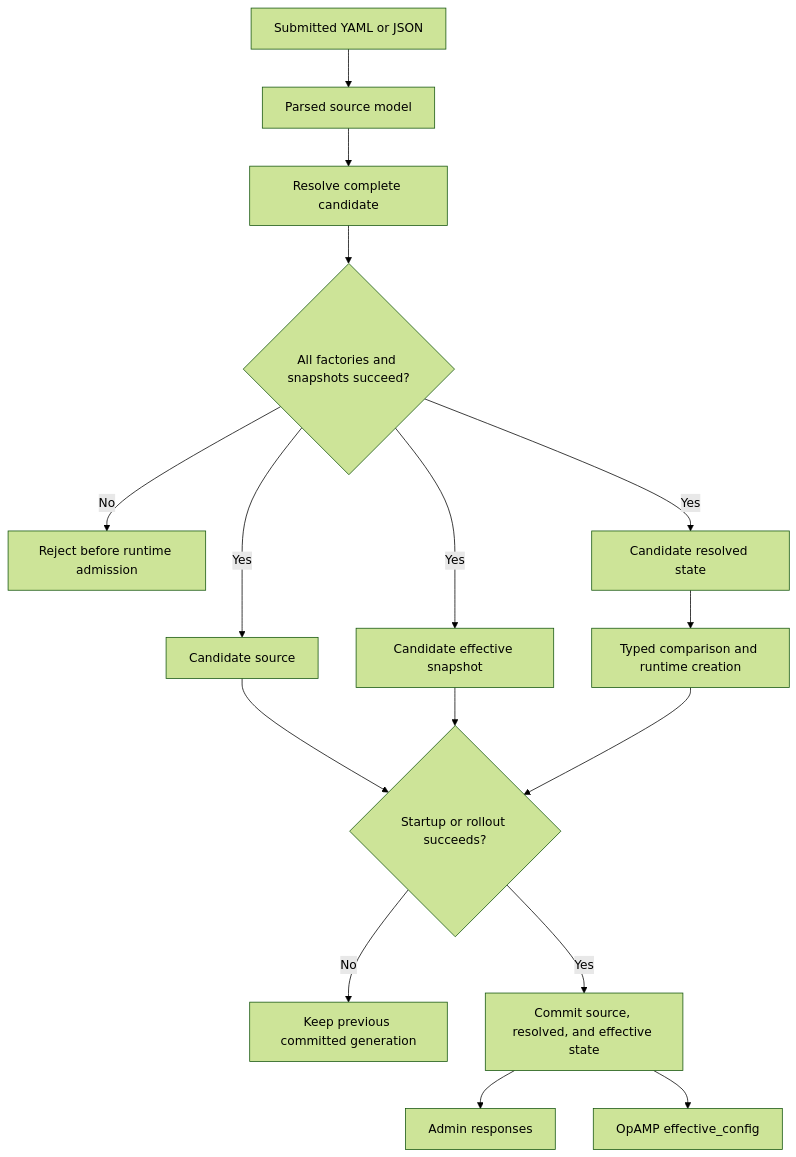
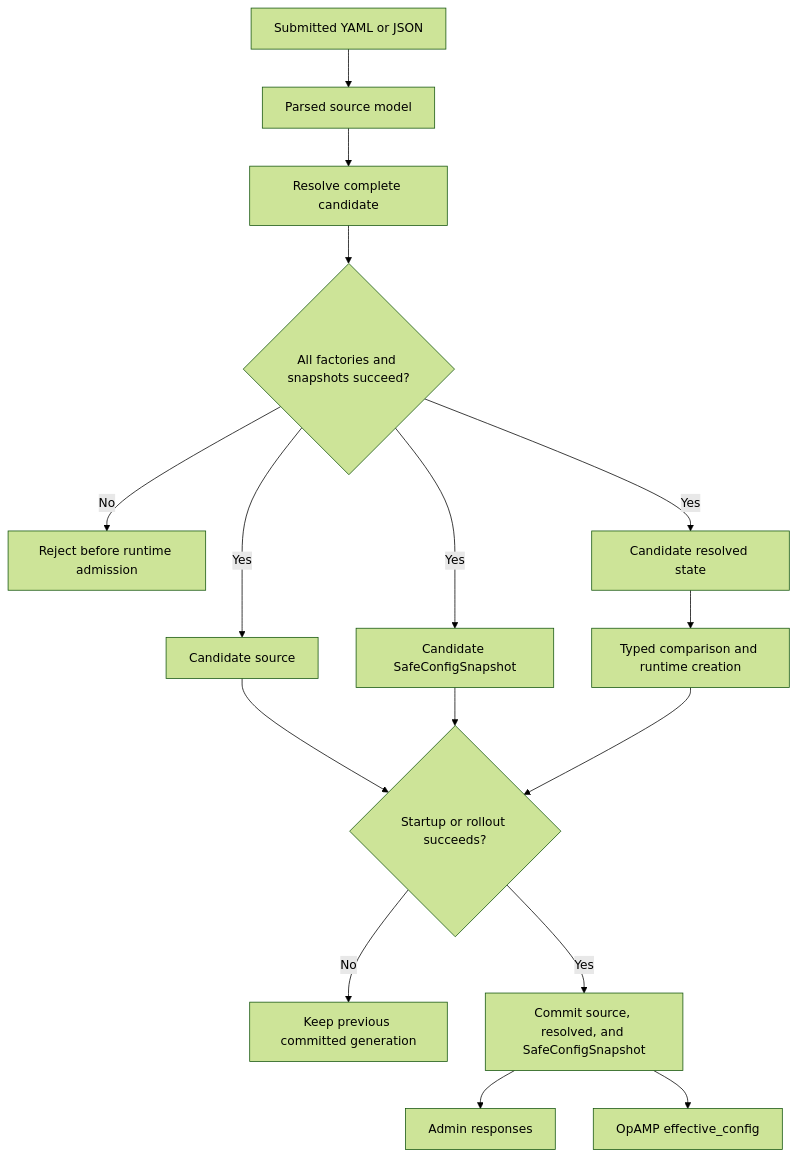
The diagram in rust/otap-dataflow/docs/configuration-resolution.md (lquerel/otel-arrow), drawn with Mermaid (forest theme) before and after one commit. The commit also changed other lines of this file and 103 other files, not shown here.

````diff
--- a/rust/otap-dataflow/docs/configuration-resolution.md
+++ b/rust/otap-dataflow/docs/configuration-resolution.md
@@ -56,18 +70,18 @@
 ```mermaid
 flowchart TD
     A[Submitted YAML or JSON] --> B[Parsed source model]
     B --> C[Resolve complete candidate]
     C --> D{All factories and snapshots succeed?}
     D -- No --> E[Reject before runtime admission]
     D -- Yes --> F[Candidate source]
     D -- Yes --> G[Candidate resolved state]
-    D -- Yes --> H[Candidate effective snapshot]
+    D -- Yes --> H[Candidate SafeConfigSnapshot]
     G --> I[Typed comparison and runtime creation]
     F --> K{Startup or rollout succeeds?}
     H --> K
     I --> K
     K -- No --> L[Keep previous committed generation]
-    K -- Yes --> M[Commit source, resolved, and effective state]
+    K -- Yes --> M[Commit source, resolved, and SafeConfigSnapshot]
     M --> N[Admin responses]
     M --> O[OpAMP effective_config]
 ```
````
